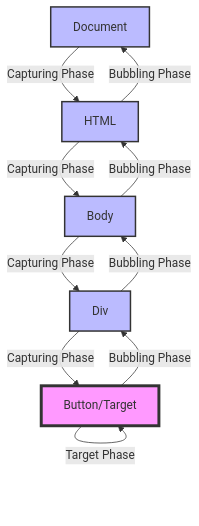
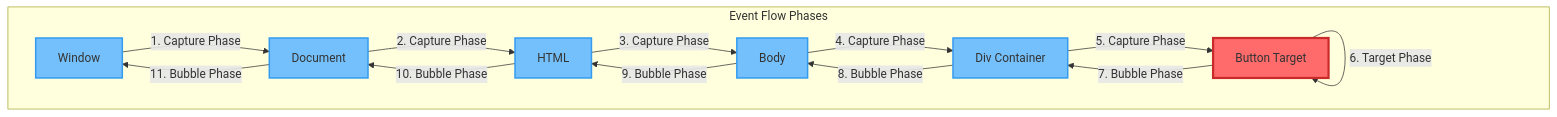
Before and after one commit to gtnao/viblog: the first of 2 diagrams in articles/web/event_bubbling_capturing.md, drawn with Mermaid. The commit also changed other lines of this file and 1 other file, not shown here.

````diff
--- a/articles/web/event_bubbling_capturing.md
+++ b/articles/web/event_bubbling_capturing.md
@@ -13,18 +15,23 @@
 ```mermaid
 graph TD
-    A[Document] -->|Capturing Phase| B[HTML]
-    B -->|Capturing Phase| C[Body]
-    C -->|Capturing Phase| D[Div]
-    D -->|Capturing Phase| E[Button/Target]
-    E -->|Target Phase| E
-    E -->|Bubbling Phase| D
-    D -->|Bubbling Phase| C
-    C -->|Bubbling Phase| B
-    B -->|Bubbling Phase| A
+    subgraph "Event Flow Phases"
+        A[Window] -->|1. Capture Phase| B[Document]
+        B -->|2. Capture Phase| C[HTML]
+        C -->|3. Capture Phase| D[Body]
+        D -->|4. Capture Phase| E[Div Container]
+        E -->|5. Capture Phase| F[Button Target]
+        F -->|6. Target Phase| F
+        F -->|7. Bubble Phase| E
+        E -->|8. Bubble Phase| D
+        D -->|9. Bubble Phase| C
+        C -->|10. Bubble Phase| B
+        B -->|11. Bubble Phase| A
+    end
     
-    style E fill:#f9f,stroke:#333,stroke-width:4px
-    style A fill:#bbf,stroke:#333,stroke-width:2px
-    style B fill:#bbf,stroke:#333,stroke-width:2px
-    style C fill:#bbf,stroke:#333,stroke-width:2px
-    style D fill:#bbf,stroke:#333,stroke-width:2px
+    style F fill:#ff6b6b,stroke:#c92a2a,stroke-width:3px
+    style A fill:#74c0fc,stroke:#339af0,stroke-width:2px
+    style B fill:#74c0fc,stroke:#339af0,stroke-width:2px
+    style C fill:#74c0fc,stroke:#339af0,stroke-width:2px
+    style D fill:#74c0fc,stroke:#339af0,stroke-width:2px
+    style E fill:#74c0fc,stroke:#339af0,stroke-width:2px
 ```
````
